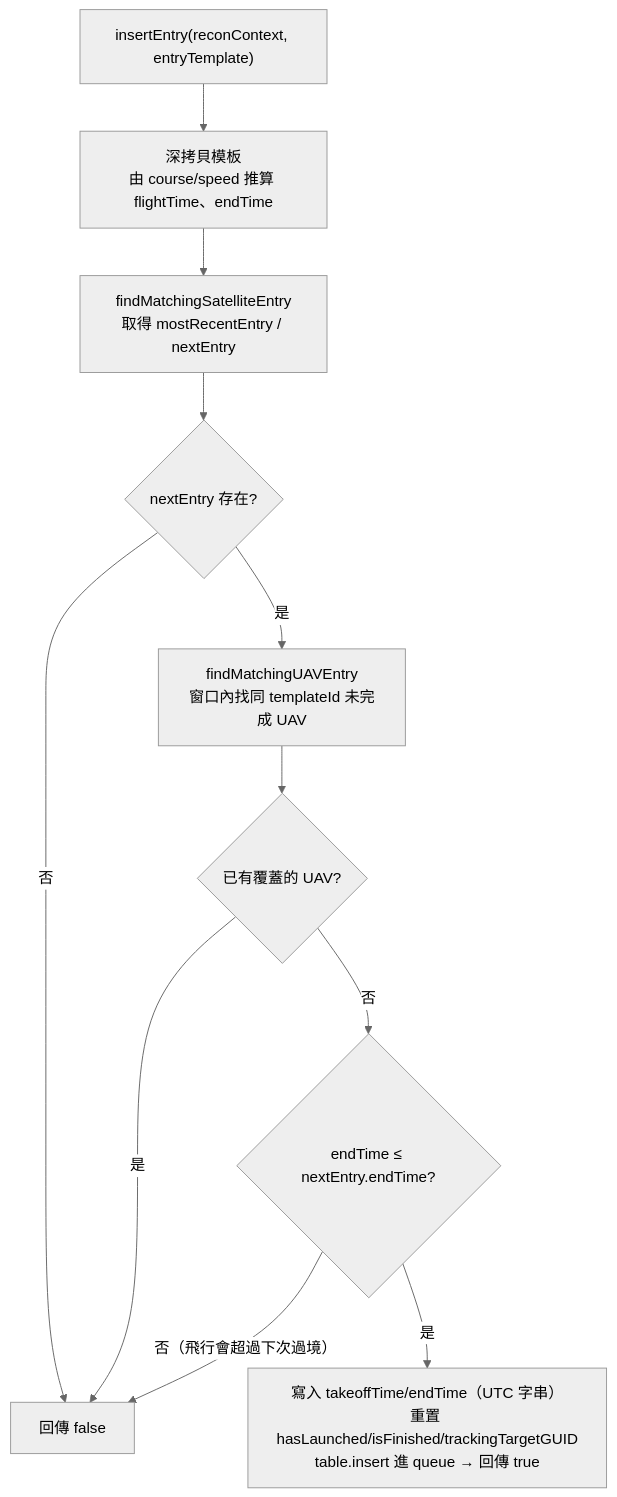
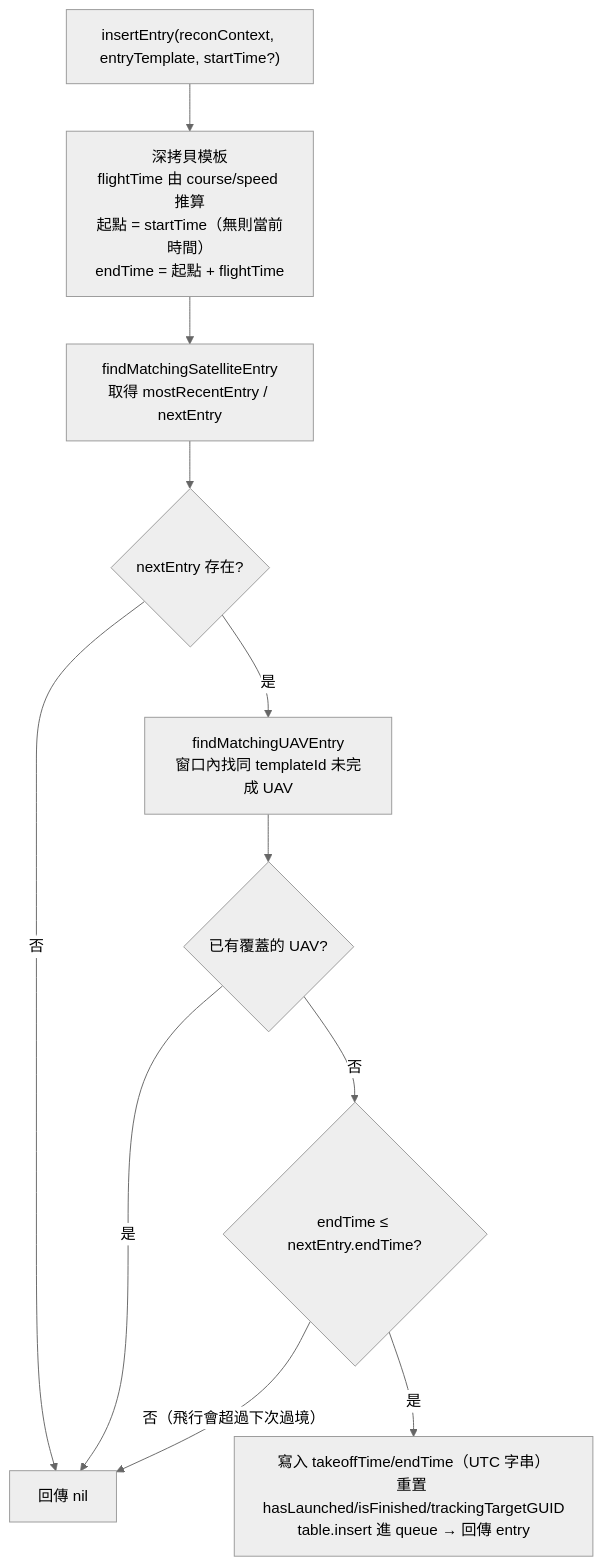
Before and after one commit to pullupjumper/formosa-in-flames: the fifth of 5 diagrams in docs/strikePlanner/recon.md, drawn with Mermaid (neutral theme). The commit also changed other lines of this file and 11 other files, not shown here.

First line of the commit message:
refactor(strikePlanner): return inserted entry and accept startTime in Recon.insertEntry

````diff
--- a/docs/strikePlanner/recon.md
+++ b/docs/strikePlanner/recon.md
@@ -246,20 +248,20 @@
 ```mermaid
 flowchart TD
-    START["insertEntry(reconContext, entryTemplate)"]
-    CALC["深拷貝模板<br>由 course/speed 推算 flightTime、endTime"]
+    START["insertEntry(reconContext, entryTemplate, startTime?)"]
+    CALC["深拷貝模板<br>flightTime 由 course/speed 推算<br>起點 = startTime（無則當前時間）<br>endTime = 起點 + flightTime"]
     ANCHOR["findMatchingSatelliteEntry<br>取得 mostRecentEntry / nextEntry"]
     HASNEXT{"nextEntry 存在?"}
     MATCH["findMatchingUAVEntry<br>窗口內找同 templateId 未完成 UAV"]
     EXIST{"已有覆蓋的 UAV?"}
     FIT{"endTime ≤ nextEntry.endTime?"}
-    INSERT["寫入 takeoffTime/endTime（UTC 字串）<br>重置 hasLaunched/isFinished/trackingTargetGUID<br>table.insert 進 queue → 回傳 true"]
-    SKIP["回傳 false"]
+    INSERT["寫入 takeoffTime/endTime（UTC 字串）<br>重置 hasLaunched/isFinished/trackingTargetGUID<br>table.insert 進 queue → 回傳 entry"]
+    SKIP["回傳 nil"]
 
     START --> CALC --> ANCHOR --> HASNEXT
     HASNEXT -->|否| SKIP
     HASNEXT -->|是| MATCH --> EXIST
     EXIST -->|是| SKIP
     EXIST -->|否| FIT
     FIT -->|否（飛行會超過下次過境）| SKIP
     FIT -->|是| INSERT
 ```
````
